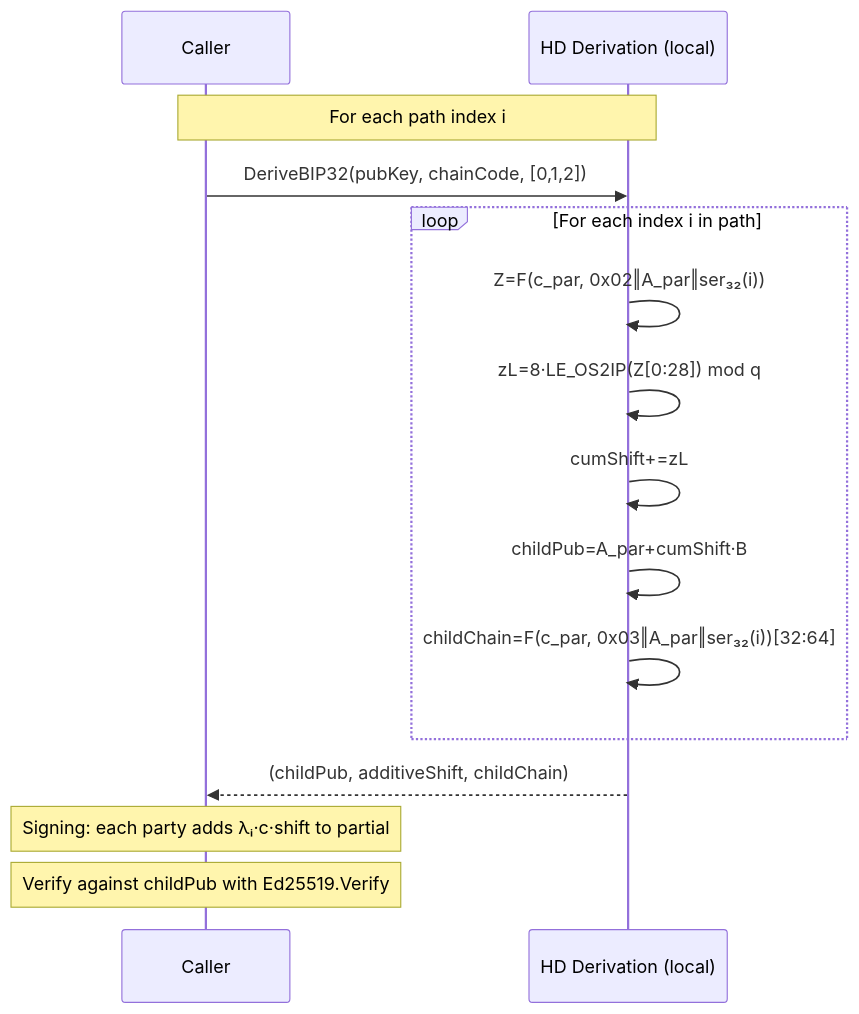
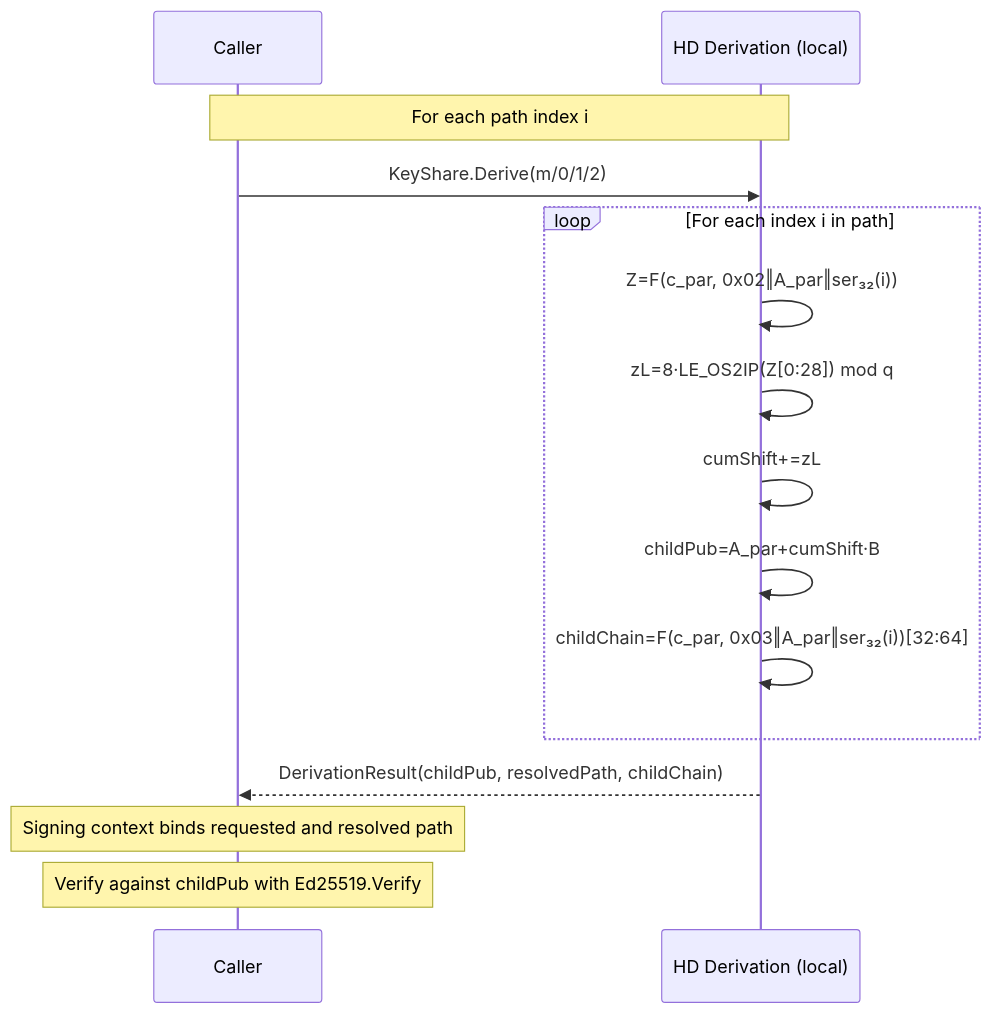
Before and after one commit to islishude/tss: the fifth of 5 diagrams in docs/frost-ed25519.md, drawn with Mermaid. The commit also changed other lines of this file and 112 other files, not shown here.

First line of the commit message:
refactor: path-first HD derivation API with unified root-package types (#5)

````diff
--- a/docs/frost-ed25519.md
+++ b/docs/frost-ed25519.md
@@ -505,22 +521,22 @@
 ```mermaid
 sequenceDiagram
     participant Caller
     participant HD as HD Derivation (local)
 
     Note over Caller,HD: For each path index i
 
-    Caller->>HD: DeriveBIP32(pubKey, chainCode, [0,1,2])
+    Caller->>HD: KeyShare.Derive(m/0/1/2)
 
     loop For each index i in path
         HD->>HD: Z=F(c_par, 0x02‖A_par‖ser₃₂(i))
         HD->>HD: zL=8·LE_OS2IP(Z[0:28]) mod q
         HD->>HD: cumShift+=zL
         HD->>HD: childPub=A_par+cumShift·B
         HD->>HD: childChain=F(c_par, 0x03‖A_par‖ser₃₂(i))[32:64]
     end
 
-    HD-->>Caller: (childPub, additiveShift, childChain)
+    HD-->>Caller: DerivationResult(childPub, resolvedPath, childChain)
 
-    Note over Caller: Signing: each party adds λᵢ·c·shift to partial
+    Note over Caller: Signing context binds requested and resolved path
     Note over Caller: Verify against childPub with Ed25519.Verify
 ```
````
